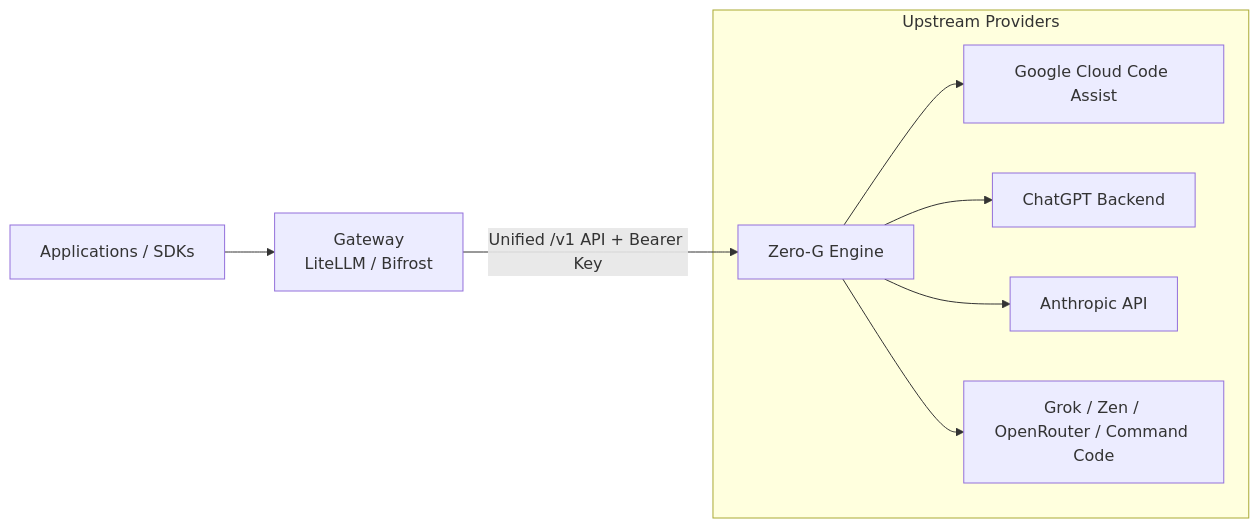
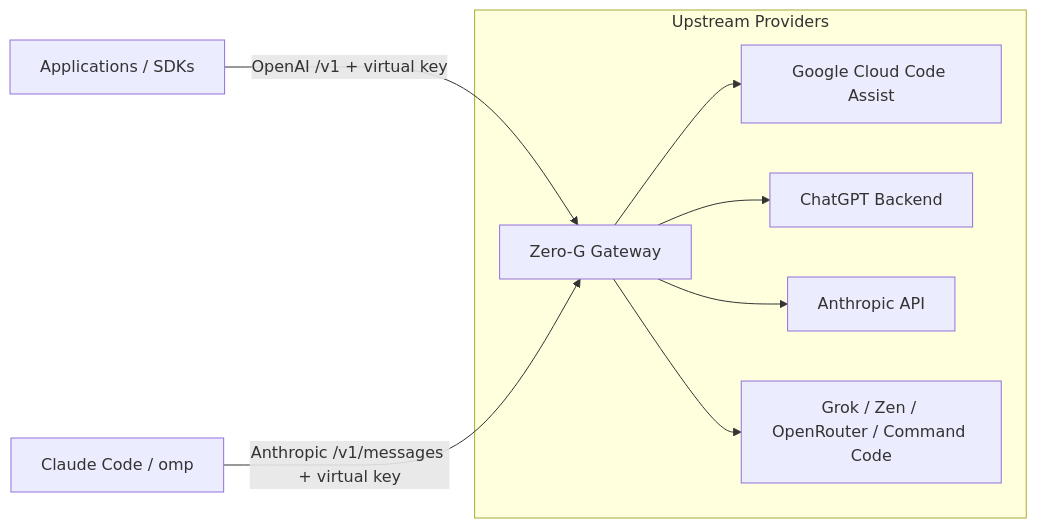
The diagram in docs/gateways.md (Delnegend/zero-g), drawn with Mermaid before and after one commit. The commit also changed other lines of this file, not shown here.

First line of the commit message:
docs(gateways): describe Zero-G as the gateway clients connect to

````diff
--- a/docs/gateways.md
+++ b/docs/gateways.md
@@ -7,12 +7,12 @@
 ```mermaid
 flowchart LR
-    Apps[Applications / SDKs] --> Gateway[Gateway\nLiteLLM / Bifrost]
-    Gateway -->|Unified /v1 API + Bearer Key| ZeroG[Zero-G Engine]
-    
+    Apps[Applications / SDKs] -->|OpenAI /v1 + virtual key| ZeroG[Zero-G Gateway]
+    Agents[Claude Code / omp] -->|Anthropic /v1/messages + virtual key| ZeroG
+
     subgraph Upstreams [Upstream Providers]
         ZeroG --> AGY[Google Cloud Code Assist]
         ZeroG --> Codex[ChatGPT Backend]
         ZeroG --> Claude[Anthropic API]
         ZeroG --> Others[Grok / Zen / OpenRouter / Command Code]
     end
 ```
````
